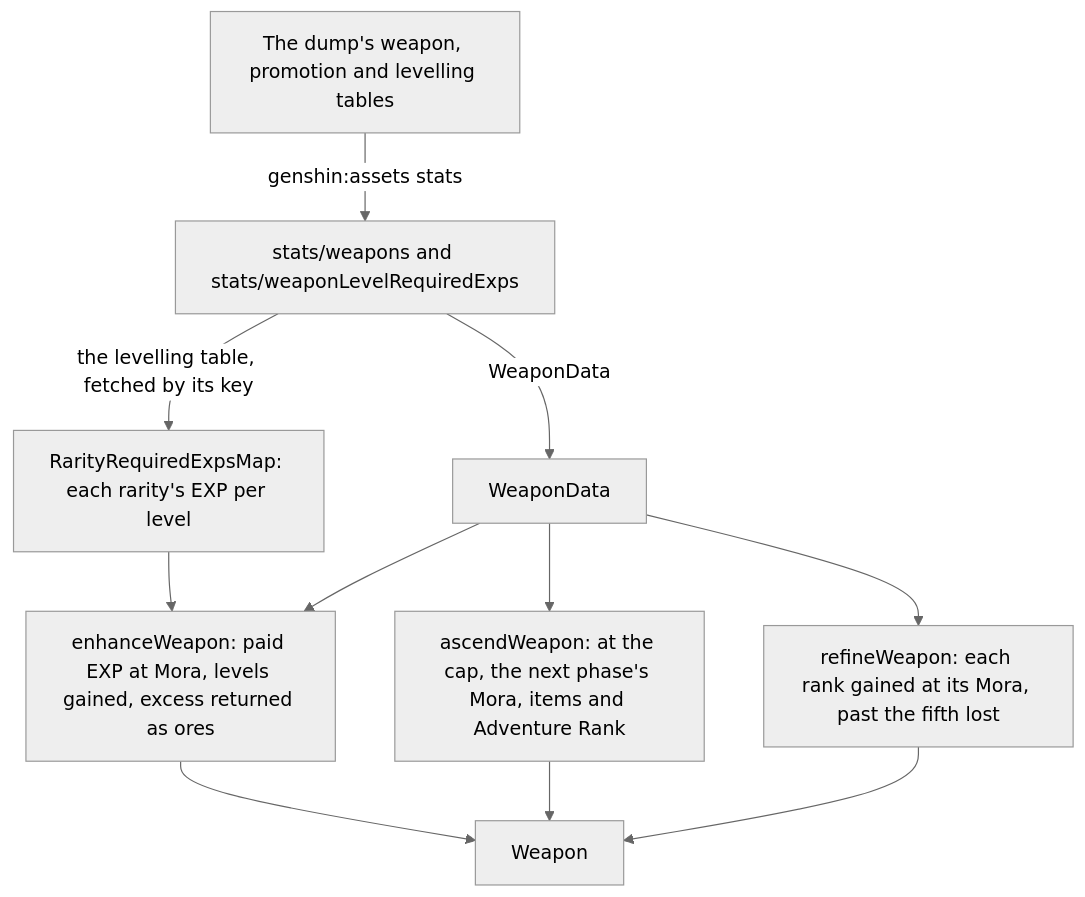
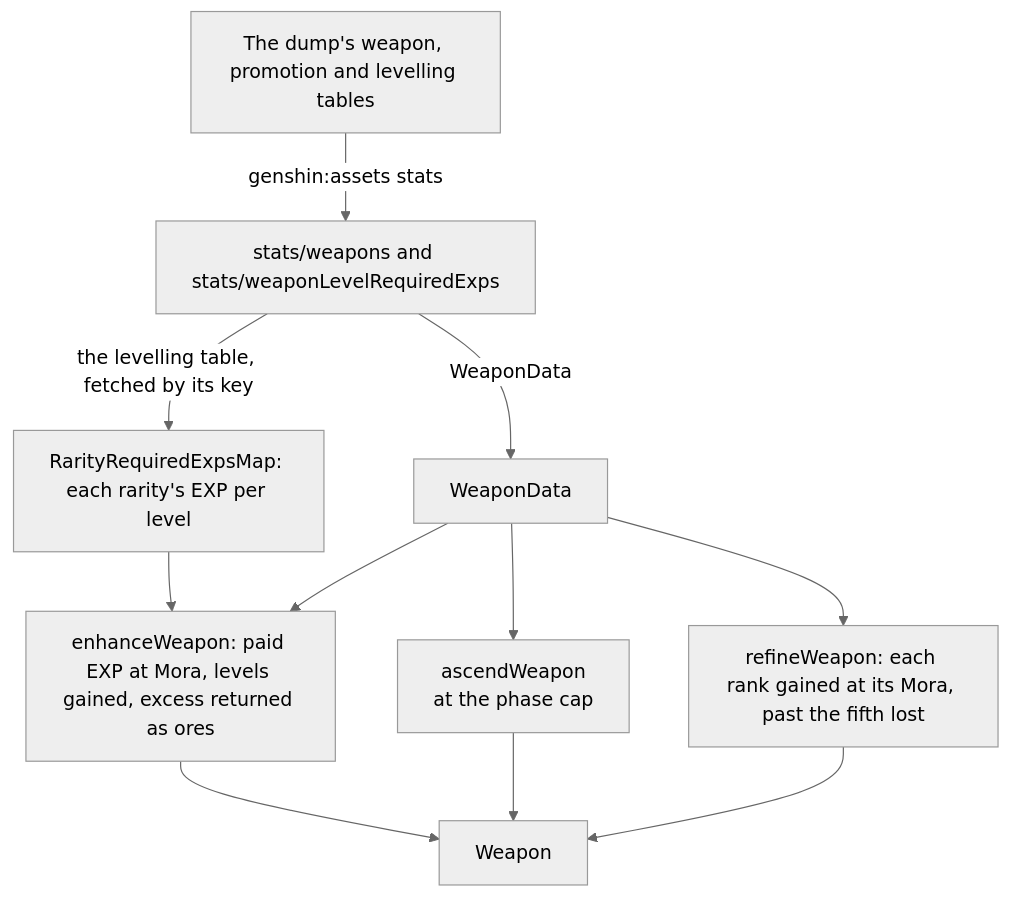
Before and after one commit to Esposter/Esposter: the diagram in openspec/specs/genshin/weapon-enhancement/design.md, drawn with Mermaid (neutral theme). The commit also changed other lines of this file and 5 other files, not shown here.

````diff
--- a/openspec/specs/genshin/weapon-enhancement/design.md
+++ b/openspec/specs/genshin/weapon-enhancement/design.md
@@ -7,13 +7,13 @@
 ```mermaid
 flowchart TD
   DUMP["The dump's weapon, promotion and levelling tables"] -->|"genshin:assets stats"| TABLES["stats/weapons and stats/weaponLevelRequiredExps"]
   TABLES -->|"the levelling table, fetched by its key"| REQUIRED["RarityRequiredExpsMap: each rarity's EXP per level"]
   TABLES -->|"WeaponData"| DATA["WeaponData"]
   REQUIRED --> ENHANCE["enhanceWeapon: paid EXP at Mora, levels gained, excess returned as ores"]
   DATA --> ENHANCE
-  DATA --> ASCEND["ascendWeapon: at the cap, the next phase's Mora, items and Adventure Rank"]
+  DATA --> ASCEND["ascendWeapon<br/>at the phase cap"]
   DATA --> REFINE["refineWeapon: each rank gained at its Mora, past the fifth lost"]
   ENHANCE --> WEAPON["Weapon"]
   ASCEND --> WEAPON
   REFINE --> WEAPON
 ```
````
